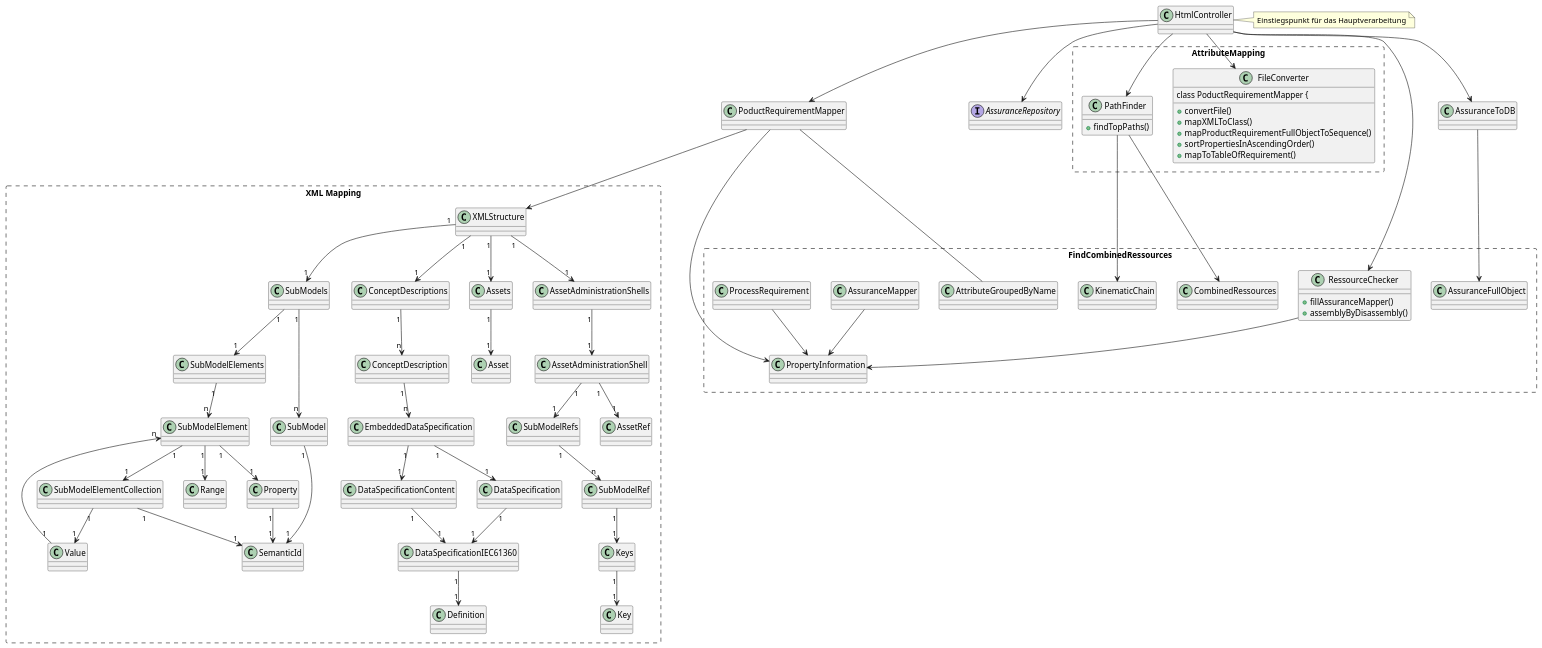
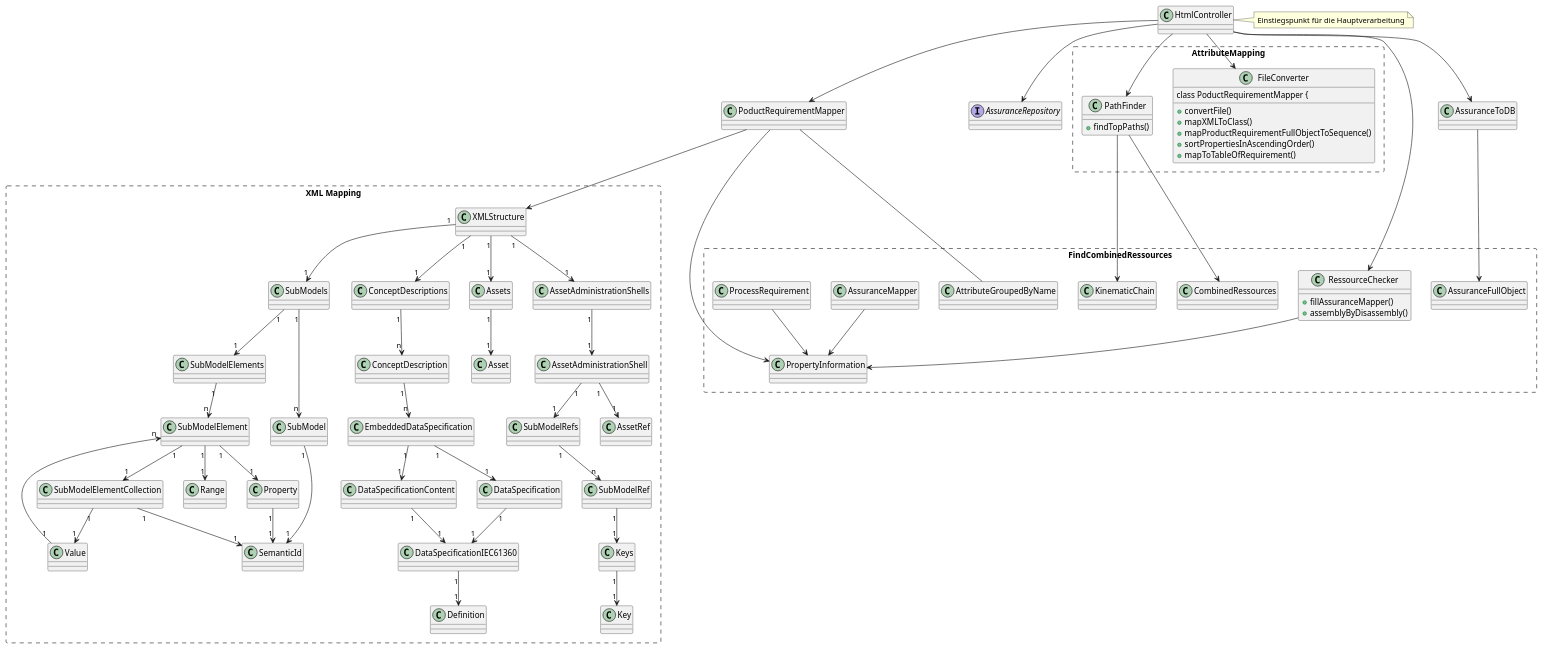
One commit to DoPusti/Masterproject4 changed the diagram in src/main/resources/PlantUML/ClassDiagramm.puml. Above: the diagram before and after it, drawn with PlantUML. The commit also changed 16 other files, not shown here.

```diff
--- a/src/main/resources/PlantUML/ClassDiagramm.puml
+++ b/src/main/resources/PlantUML/ClassDiagramm.puml
@@ -1,116 +1,116 @@
 @startuml
 class HtmlController
 rectangle "AttributeMapping" #line.dashed {
 class FileConverter {
   +convertFile()
 class PoductRequirementMapper {
 +mapXMLToClass()
 +mapProductRequirementFullObjectToSequence()
 +sortPropertiesInAscendingOrder()
 +mapToTableOfRequirement()
 }
 class PathFinder {
 +findTopPaths()
 }
 }
 
 rectangle "FindCombinedRessources" #line.dashed{
 class RessourceChecker {
 +fillAssuranceMapper()
 +assemblyByDisassembly()
 }
 class AttributeGroupedByName
 class CombinedRessources
 class KinematicChain
 class AssuranceFullObject
 
 class AssuranceMapper
 class ProcessRequirement
 class PropertyInformation
 }
 class AssuranceToDB
 interface AssuranceRepository
 
 rectangle "XML Mapping" #line.dashed{
 class XMLStructure
 class Value
 class SubModels
 class SubModelRefs
 class SubModelRef
 class SubModelElements
 class SubModelElementCollection
 class SubModelElement
 class SubModel
 class SemanticId
 class Range
 class Property
 class Keys
 class Key
 class EmbeddedDataSpecification
 class Definition
 class DataSpecificationIEC61360
 class DataSpecificationContent
 class DataSpecification
 class ConceptDescriptions
 class ConceptDescription
 class Assets
 class AssetRef
 class AssetAdministrationShells
 class AssetAdministrationShell
 class Asset
 }
-note right of HtmlController: Einstiegspunkt für das Hauptverarbeitung
+note right of HtmlController: Einstiegspunkt für die Hauptverarbeitung
 
 
 HtmlController --> FileConverter
 HtmlController -->PoductRequirementMapper
 HtmlController --> RessourceChecker
 HtmlController --> PathFinder
 PathFinder --> CombinedRessources
 PathFinder --> KinematicChain
 AssuranceToDB --> AssuranceFullObject
 AssuranceMapper  --> PropertyInformation
 ProcessRequirement  --> PropertyInformation
 PoductRequirementMapper  --> PropertyInformation
 RessourceChecker  --> PropertyInformation
 PoductRequirementMapper --> XMLStructure
 HtmlController --> AssuranceToDB
 HtmlController --> AssuranceRepository
 PoductRequirementMapper --- AttributeGroupedByName
 
 
 
 XMLStructure "1" --> "1" AssetAdministrationShells
 AssetAdministrationShells "1" --> "1" AssetAdministrationShell
 AssetAdministrationShell "1" --> "1" AssetRef
 AssetAdministrationShell "1" --> "1" SubModelRefs
 SubModelRefs "1" --> "n" SubModelRef
 SubModelRef "1" --> "1" Keys
 Keys "1" --> "1" Key
 XMLStructure "1" --> "1" Assets
 Assets "1" --> "1" Asset
 XMLStructure "1" --> "1" SubModels
 SubModels "1" --> "n" SubModel
 SubModel "1" --> "1" SemanticId
 SubModels "1" --> "1" SubModelElements
 SubModelElements "1" --> "n" SubModelElement
 SubModelElement "1" --> "1" Property
 Property "1" --> "1" SemanticId
 SubModelElement "1" --> "1" SubModelElementCollection
 SubModelElementCollection "1" --> "1" SemanticId
 SubModelElementCollection "1" --> "1" Value
 Value "1" --> "n" SubModelElement
 SubModelElement "1" --> "1" Range
 XMLStructure "1" --> "1" ConceptDescriptions
 ConceptDescriptions "1" --> "n" ConceptDescription
 ConceptDescription "1" --> "n" EmbeddedDataSpecification
 EmbeddedDataSpecification "1" --> "1" DataSpecificationContent
 DataSpecificationContent "1" --> "1" DataSpecificationIEC61360
 EmbeddedDataSpecification "1" --> "1" DataSpecification
 DataSpecification "1" --> "1" DataSpecificationIEC61360
 DataSpecificationIEC61360 "1" --> "1" Definition
 
 
 
 
 @enduml
```
